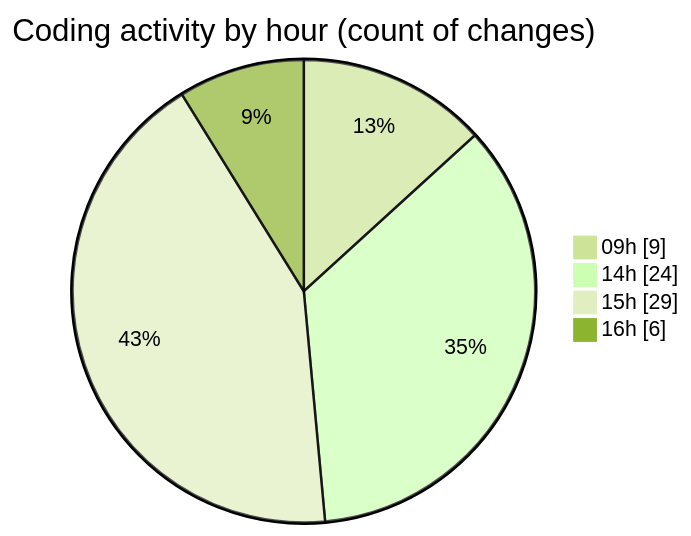
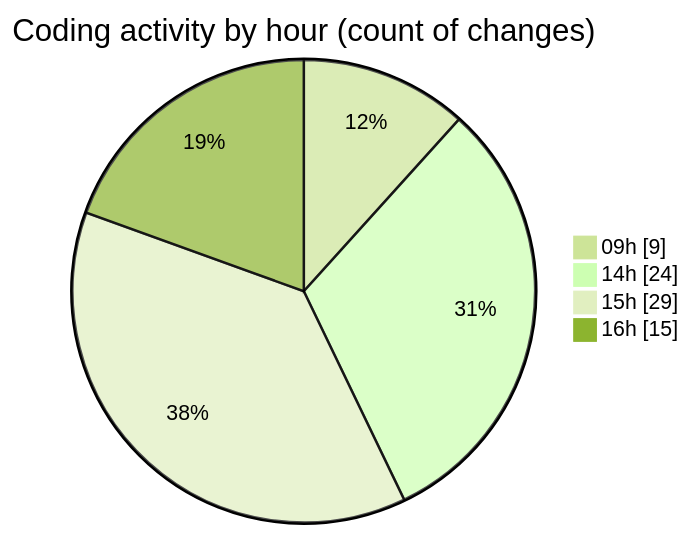
One commit to julien-gomy/code-tracking changed the second of 2 diagrams in 2025-11-25/eventscop-frontend-guide__workspace_/README.md. Above: the diagram before and after it, drawn with Mermaid (forest theme). The commit also changed other lines of this file and 1 other file, not shown here.

````diff
--- a/2025-11-25/eventscop-frontend-guide__workspace_/README.md
+++ b/2025-11-25/eventscop-frontend-guide__workspace_/README.md
@@ -45,8 +45,8 @@
 ```mermaid
 pie showData
 title Coding activity by hour (count of changes)
 "09h" : 9
 "14h" : 24
 "15h" : 29
-"16h" : 6
+"16h" : 15
 ```
````
